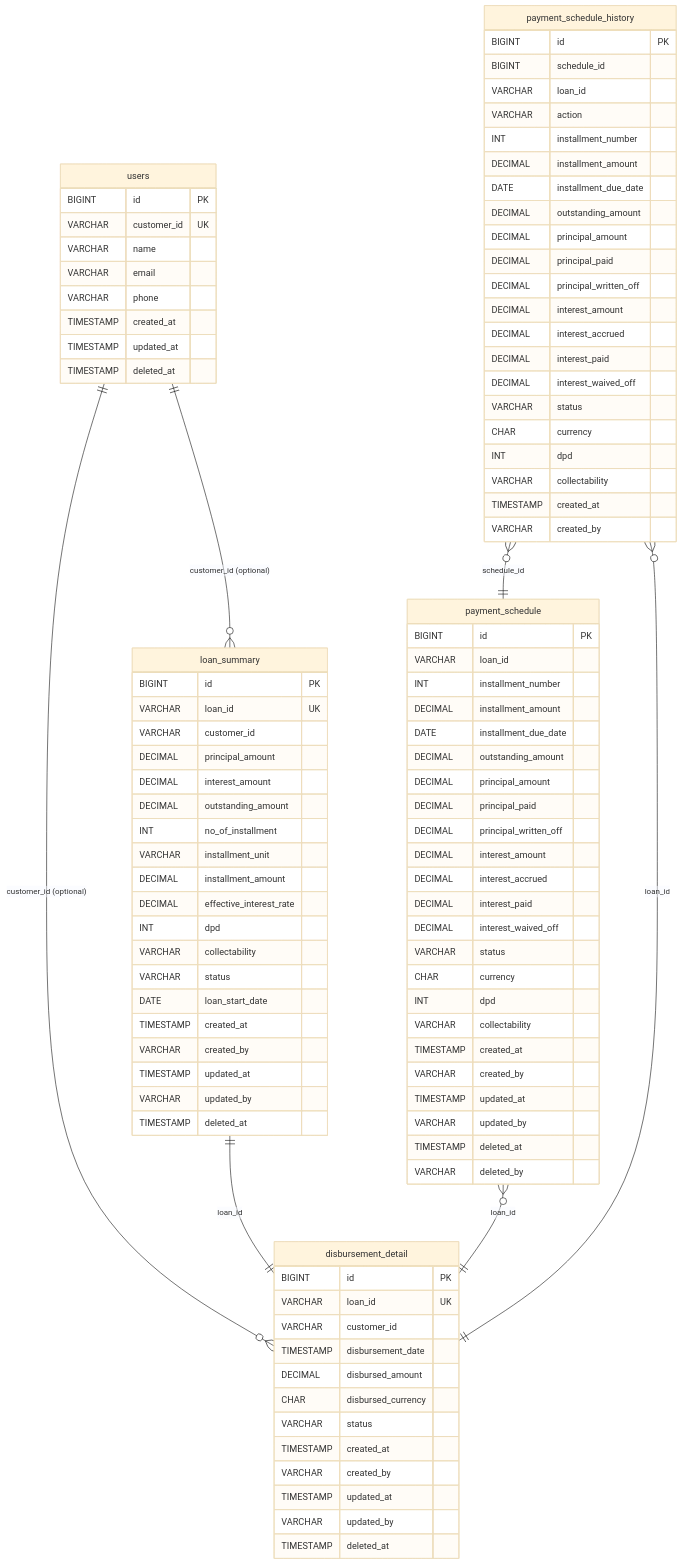
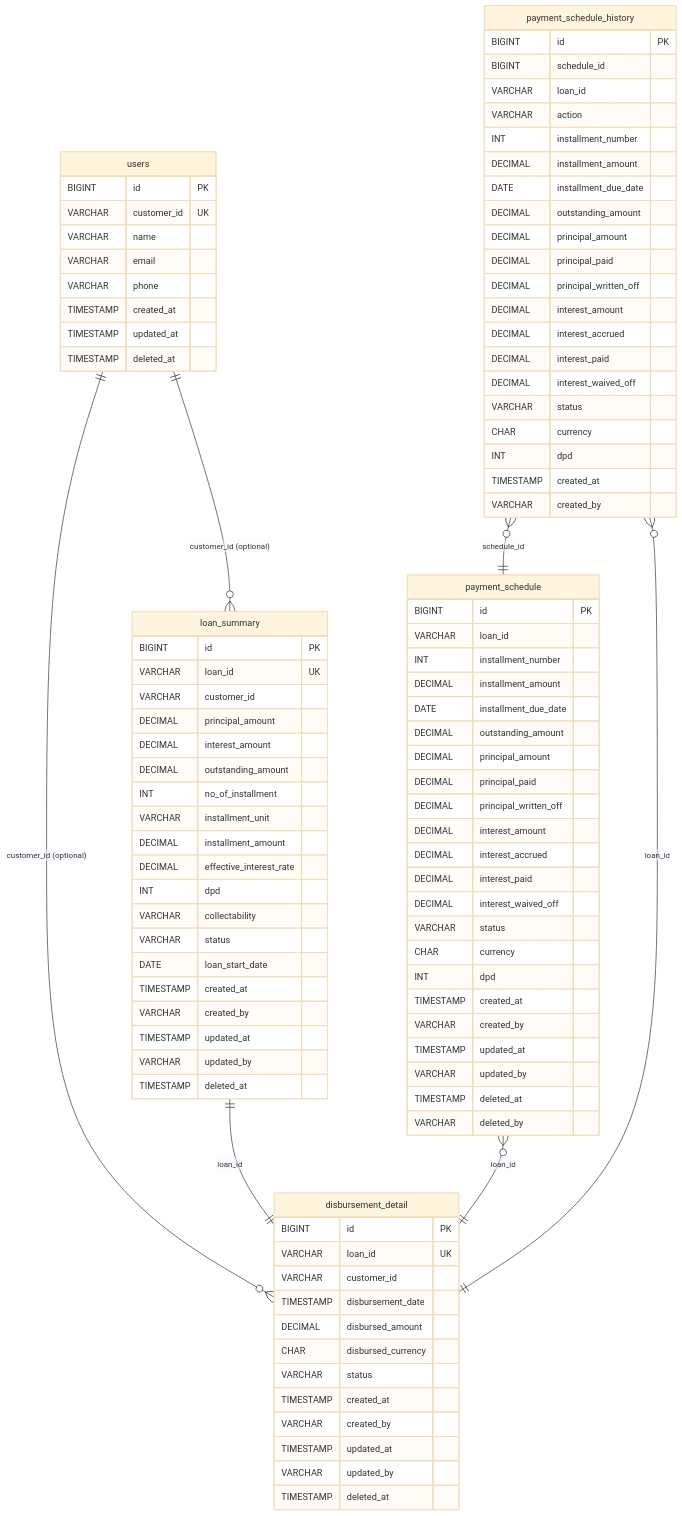
One commit to jacksonfernando/billing-engine changed the diagram in README.md. Above: the diagram before and after it, drawn with Mermaid (base theme). The commit also changed other lines of this file, not shown here.

```diff
--- a/README.md
+++ b/README.md
@@ -89,7 +89,6 @@
         VARCHAR status
         CHAR currency
         INT dpd
-        VARCHAR collectability
         TIMESTAMP created_at
         VARCHAR created_by
         TIMESTAMP updated_at
@@ -117,7 +116,6 @@
         VARCHAR status
         CHAR currency
         INT dpd
-        VARCHAR collectability
         TIMESTAMP created_at
         VARCHAR created_by
     }
```
